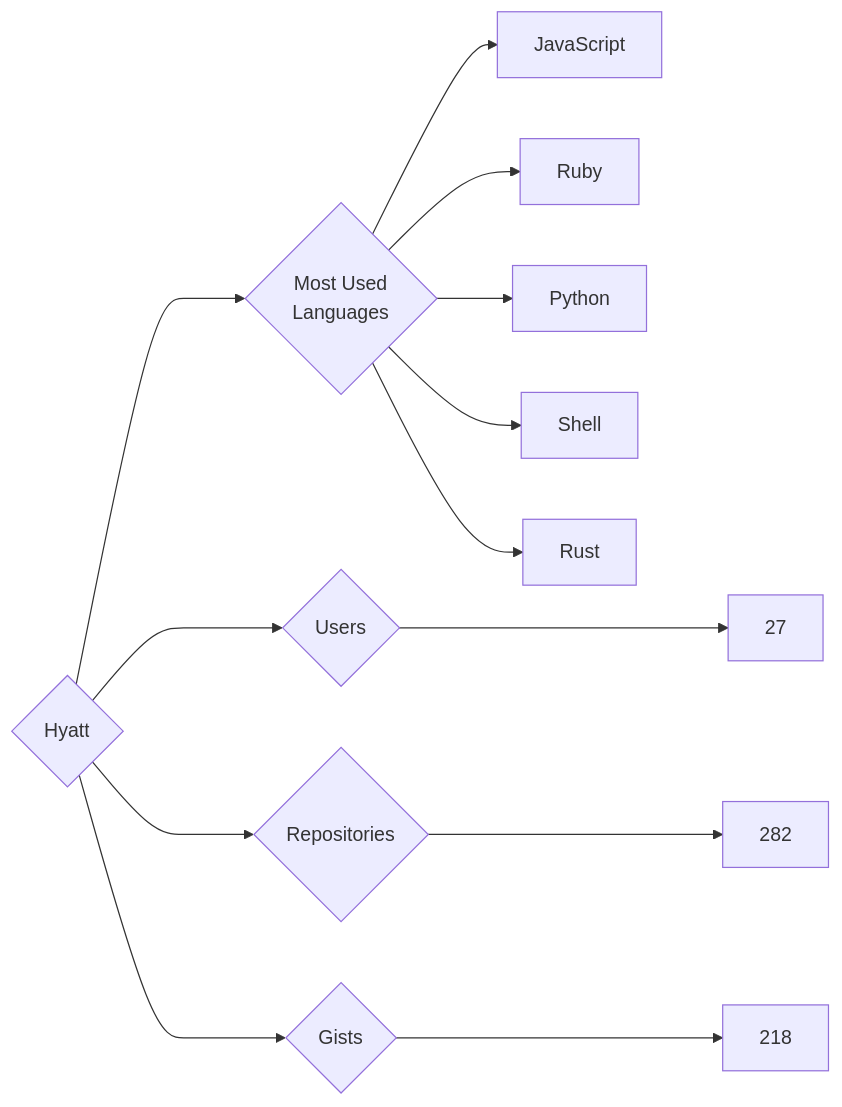
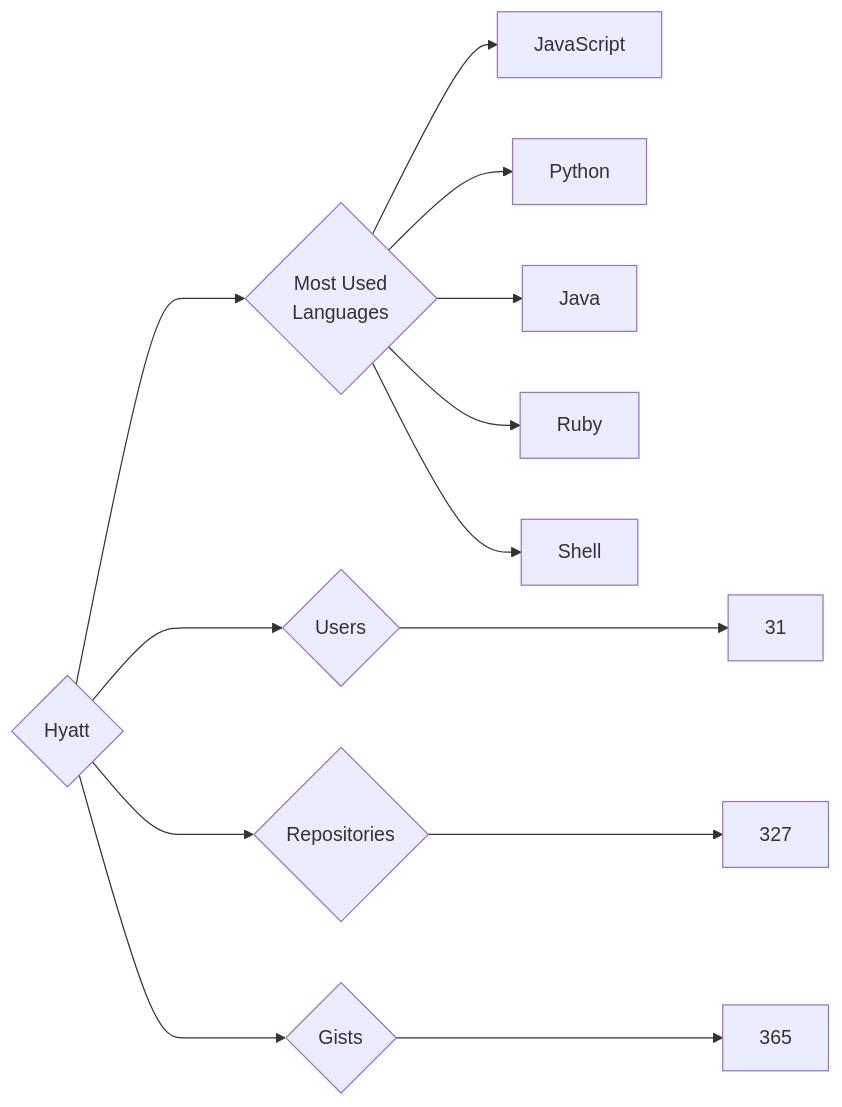
Before and after one commit to trickest/insiders: the diagram in targets/Hyatt/README.md, drawn with Mermaid. The commit also changed 927 other files, not shown here.

````diff
--- a/targets/Hyatt/README.md
+++ b/targets/Hyatt/README.md
@@ -3,13 +3,13 @@
 ```mermaid
 graph LR
 COMPANY_NAME{Hyatt}
-COMPANY_NAME ---> U{Users} ---> UN[27]
-COMPANY_NAME ---> R{Repositories} ---> RN[282]
-COMPANY_NAME ---> G{Gists} ---> GN[218]
+COMPANY_NAME ---> U{Users} ---> UN[31]
+COMPANY_NAME ---> R{Repositories} ---> RN[327]
+COMPANY_NAME ---> G{Gists} ---> GN[365]
 COMPANY_NAME ---> ML{Most Used<br>Languages}
 ML --> JavaScript[JavaScript]
+ML --> Python[Python]
+ML --> Java[Java]
 ML --> Ruby[Ruby]
-ML --> Python[Python]
 ML --> Shell[Shell]
-ML --> Rust[Rust]
 ```
````
